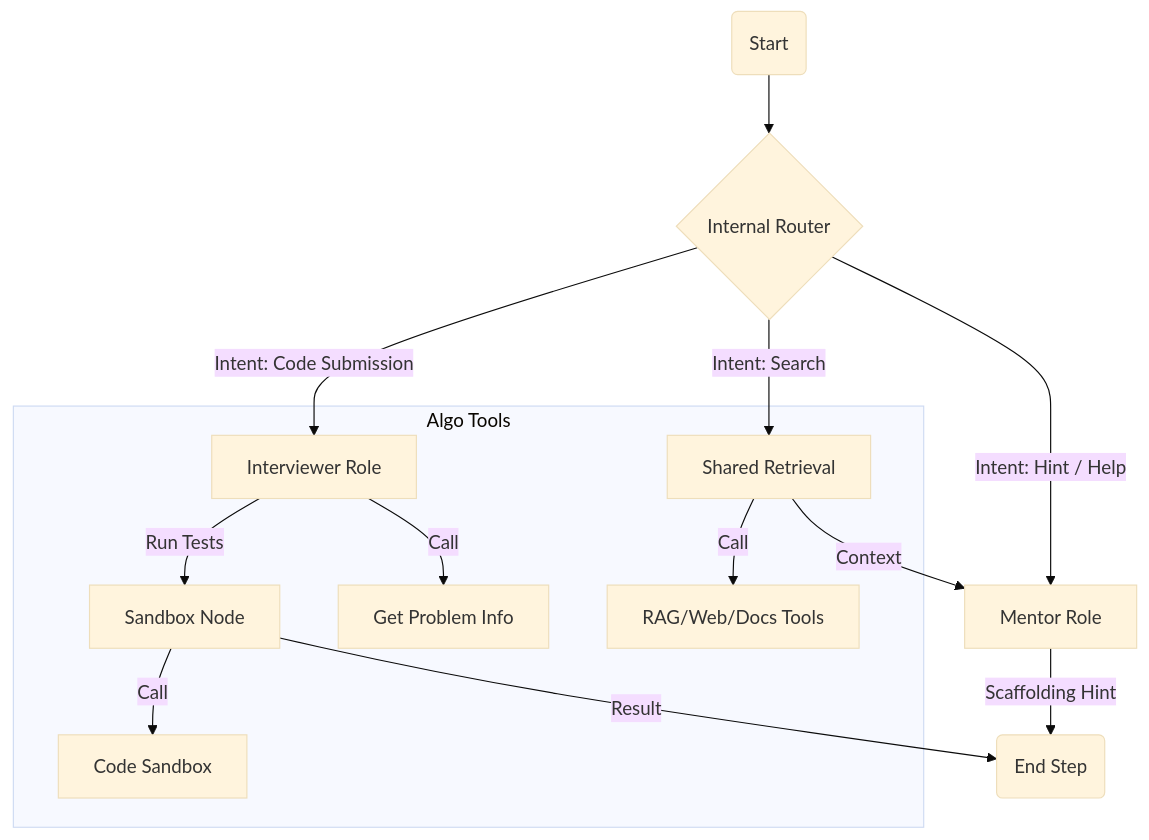
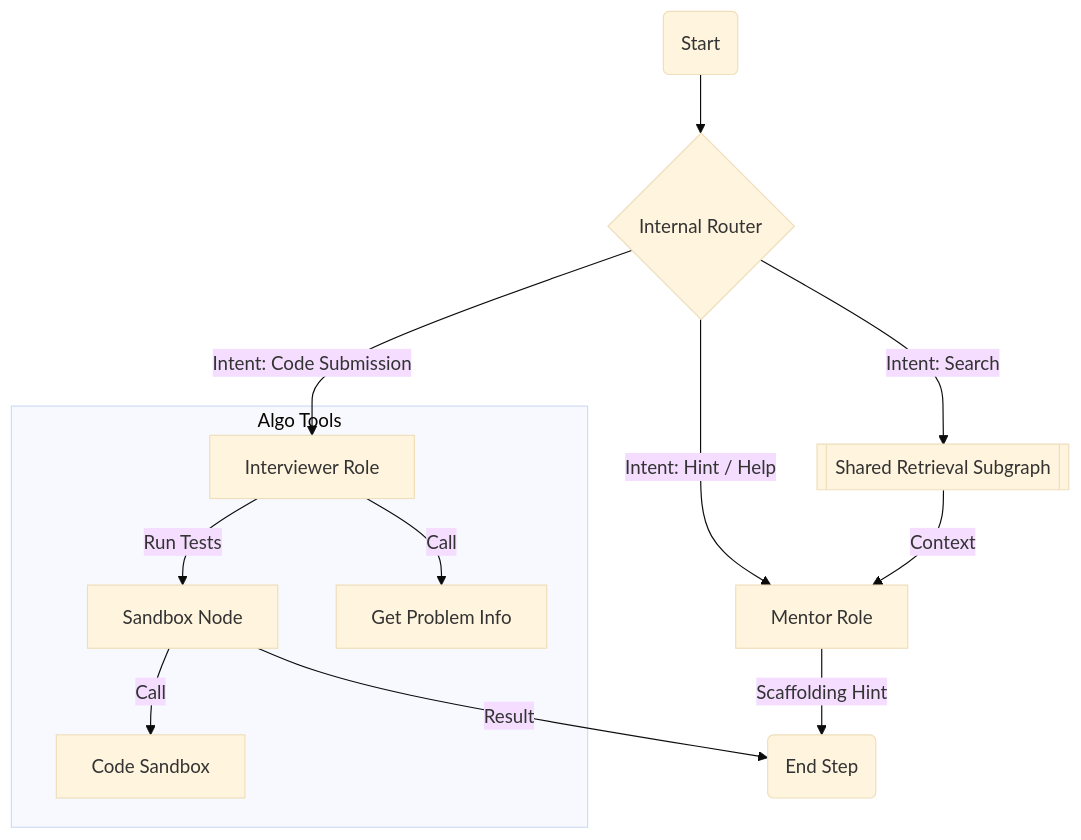
One commit to Lifelong-Learning-Assisttant/agent_service changed the fifth of 5 diagrams in docs/agent_documentation.md. Above: the diagram before and after it, drawn with Mermaid (base theme). The commit also changed other lines of this file, not shown here.

````diff
--- a/docs/agent_documentation.md
+++ b/docs/agent_documentation.md
@@ -129,20 +141,19 @@
 ```mermaid
 graph TD
     A_Start(Start) --> A_Router{Internal Router}
     
     A_Router --"Intent: Code Submission"--> A_Interviewer[Interviewer Role]
     A_Router --"Intent: Hint / Help"--> A_Mentor[Mentor Role]
-    A_Router --"Intent: Search"--> A_Search[Shared Retrieval]
+    A_Router --"Intent: Search"--> A_Search[[Shared Retrieval Subgraph]]
     
     A_Interviewer --"Run Tests"--> A_Sandbox[Sandbox Node]
     A_Sandbox --"Result"--> A_End(End Step)
     
     A_Mentor --"Scaffolding Hint"--> A_End
     A_Search --"Context"--> A_Mentor
     
     subgraph "Algo Tools"
         A_Interviewer --"Call"--> Tool_Problem[Get Problem Info]
         A_Sandbox --"Call"--> Tool_Exec[Code Sandbox]
-        A_Search --"Call"--> Shared_Tools[RAG/Web/Docs Tools]
     end
 ```
````
